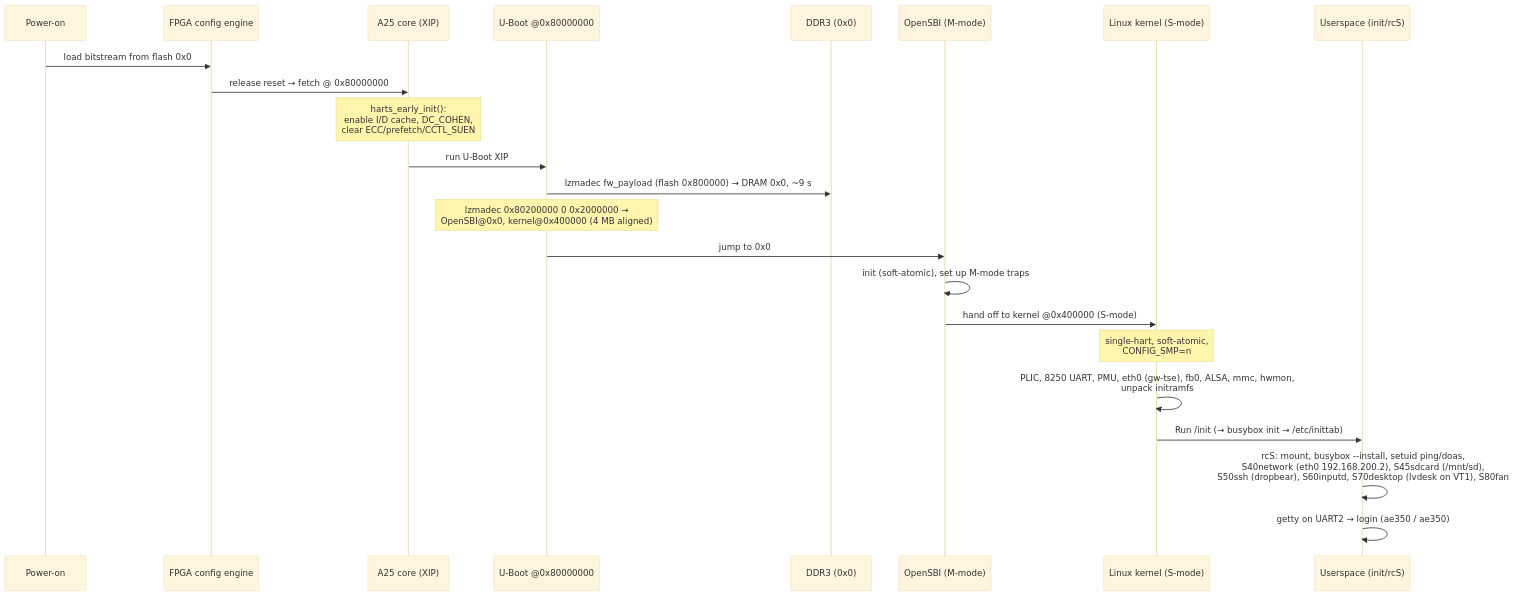
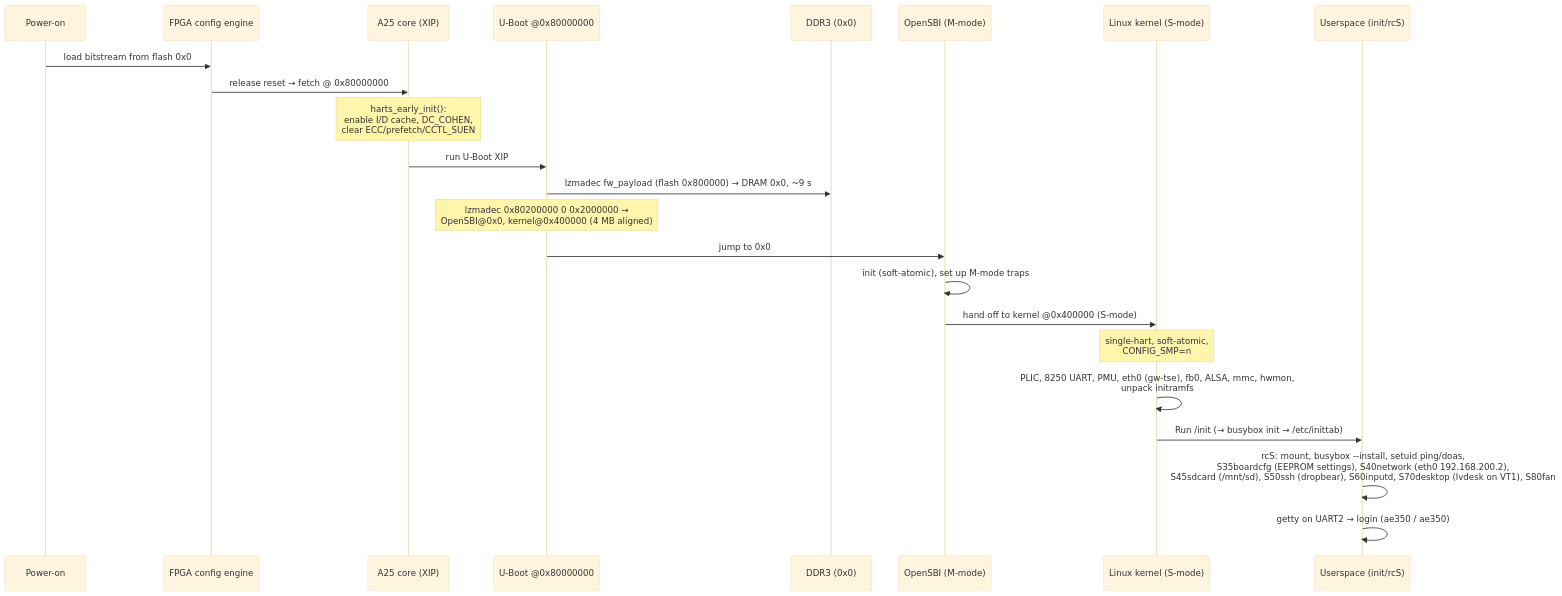
The second of 3 diagrams in doc/03-boot.md (phoenix367/tang-mega-138K-Pro-demo), drawn with Mermaid (base theme) before and after one commit. The commit also changed other lines of this file and 25 other files, not shown here.

First line of the commit message:
Board EEPROM: gpio_core + mainline I2C stack, boardcfg settings daemon (Build 66, kernel #74)

````diff
--- a/doc/03-boot.md
+++ b/doc/03-boot.md
@@ -29,26 +29,26 @@
 ```mermaid
 sequenceDiagram
   participant PWR as Power-on
   participant FPGA as FPGA config engine
   participant A25 as A25 core (XIP)
   participant UB as U-Boot @0x80000000
   participant DDR as DDR3 (0x0)
   participant SBI as OpenSBI (M-mode)
   participant K as Linux kernel (S-mode)
   participant US as Userspace (init/rcS)
 
   PWR->>FPGA: load bitstream from flash 0x0
   FPGA->>A25: release reset → fetch @ 0x80000000
   Note over A25: harts_early_init():<br/>enable I/D cache, DC_COHEN,<br/>clear ECC/prefetch/CCTL_SUEN
   A25->>UB: run U-Boot XIP
   UB->>DDR: lzmadec fw_payload (flash 0x800000) → DRAM 0x0, ~9 s
   Note over UB: lzmadec 0x80200000 0 0x2000000 →<br/>OpenSBI@0x0, kernel@0x400000 (4 MB aligned)
   UB->>SBI: jump to 0x0
   SBI->>SBI: init (soft-atomic), set up M-mode traps
   SBI->>K: hand off to kernel @0x400000 (S-mode)
   Note over K: single-hart, soft-atomic,<br/>CONFIG_SMP=n
   K->>K: PLIC, 8250 UART, PMU, eth0 (gw-tse), fb0, ALSA, mmc, hwmon,<br/>unpack initramfs
   K->>US: Run /init  (→ busybox init → /etc/inittab)
-  US->>US: rcS: mount, busybox --install, setuid ping/doas,<br/>S40network (eth0 192.168.200.2), S45sdcard (/mnt/sd),<br/>S50ssh (dropbear), S60inputd, S70desktop (lvdesk on VT1), S80fan
+  US->>US: rcS: mount, busybox --install, setuid ping/doas,<br/>S35boardcfg (EEPROM settings), S40network (eth0 192.168.200.2),<br/>S45sdcard (/mnt/sd), S50ssh (dropbear), S60inputd, S70desktop (lvdesk on VT1), S80fan
   US->>US: getty on UART2 → login (ae350 / ae350)
 ```
````
